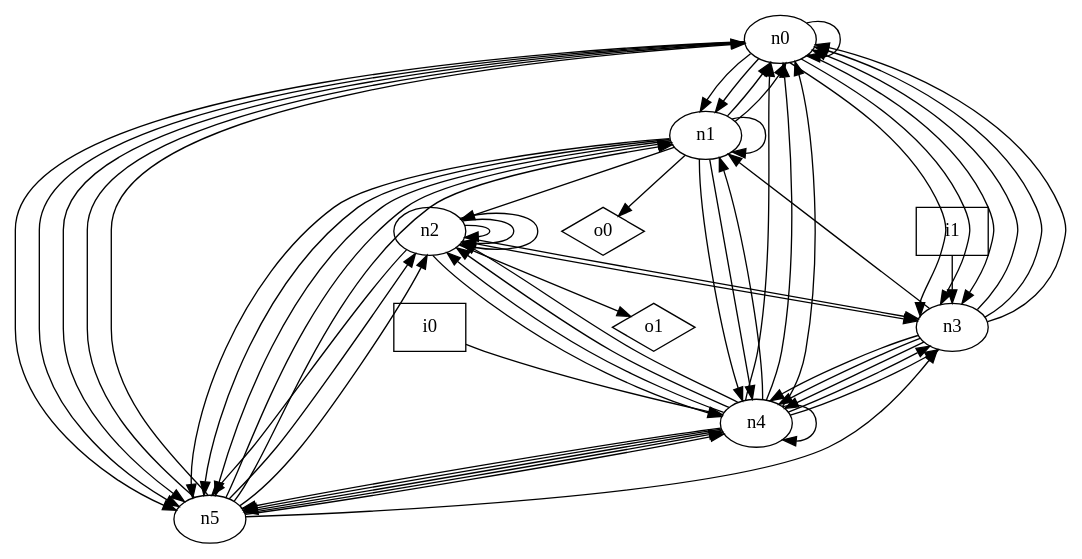
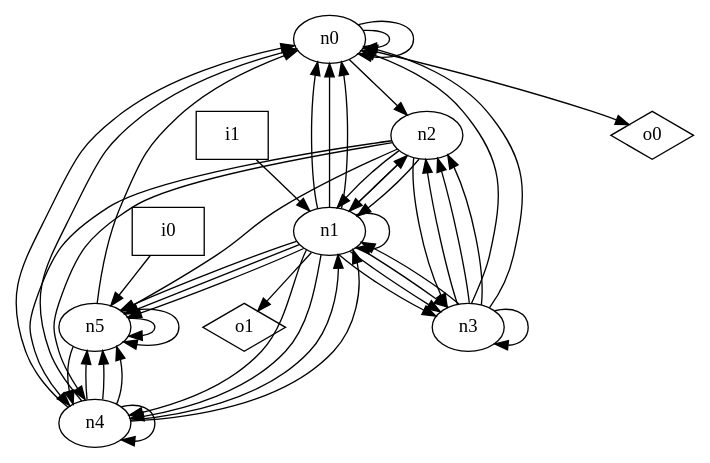
One commit to p9romain/bool-circuits changed the diagram in dot_files/random/random_graph.dot. Above: the diagram before and after it, drawn with Graphviz. The commit also changed 28 other files, not shown here.

```diff
--- a/dot_files/random/random_graph.dot
+++ b/dot_files/random/random_graph.dot
@@ -1,70 +1,58 @@
 digraph G {
 n0 [label="n0"];
 n1 [label="n1"];
 n2 [label="n2"];
 n3 [label="n3"];
 n4 [label="n4"];
 n5 [label="n5"];
 n6 [label="i0",shape="box"];
 n7 [label="i1",shape="box"];
 n8 [label="o0",shape="diamond"];
 n9 [label="o1",shape="diamond"];
 n0 -> n0
-n0 -> n1
-n0 -> n1
-n0 -> n3
-n0 -> n3
-n0 -> n3
-n0 -> n5
-n0 -> n5
-n0 -> n5
+n0 -> n0
+n0 -> n2
+n0 -> n8
+n1 -> n0
 n1 -> n0
 n1 -> n0
 n1 -> n1
 n1 -> n2
+n1 -> n3
+n1 -> n3
+n1 -> n3
 n1 -> n4
 n1 -> n4
 n1 -> n5
 n1 -> n5
 n1 -> n5
-n1 -> n8
-n2 -> n2
-n2 -> n2
-n2 -> n2
-n2 -> n3
+n1 -> n9
+n2 -> n1
+n2 -> n1
+n2 -> n1
 n2 -> n3
 n2 -> n4
+n2 -> n4
 n2 -> n5
-n2 -> n9
-n3 -> n0
 n3 -> n0
 n3 -> n0
 n3 -> n1
-n3 -> n4
-n3 -> n4
-n3 -> n4
-n4 -> n0
+n3 -> n2
+n3 -> n2
+n3 -> n2
+n3 -> n3
 n4 -> n0
 n4 -> n0
 n4 -> n1
-n4 -> n2
-n4 -> n2
-n4 -> n2
-n4 -> n3
-n4 -> n3
+n4 -> n1
 n4 -> n4
 n4 -> n5
 n4 -> n5
 n4 -> n5
 n5 -> n0
-n5 -> n0
-n5 -> n1
-n5 -> n1
-n5 -> n2
-n5 -> n2
-n5 -> n3
 n5 -> n4
-n5 -> n4
-n6 -> n4
-n7 -> n3
+n5 -> n5
+n5 -> n5
+n6 -> n5
+n7 -> n1
 }
```
